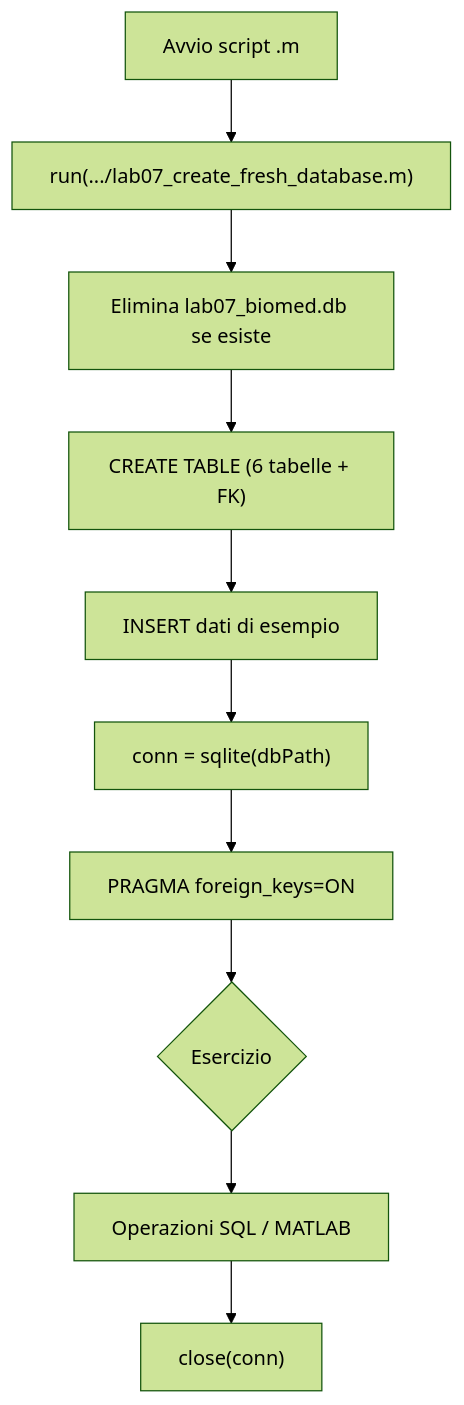
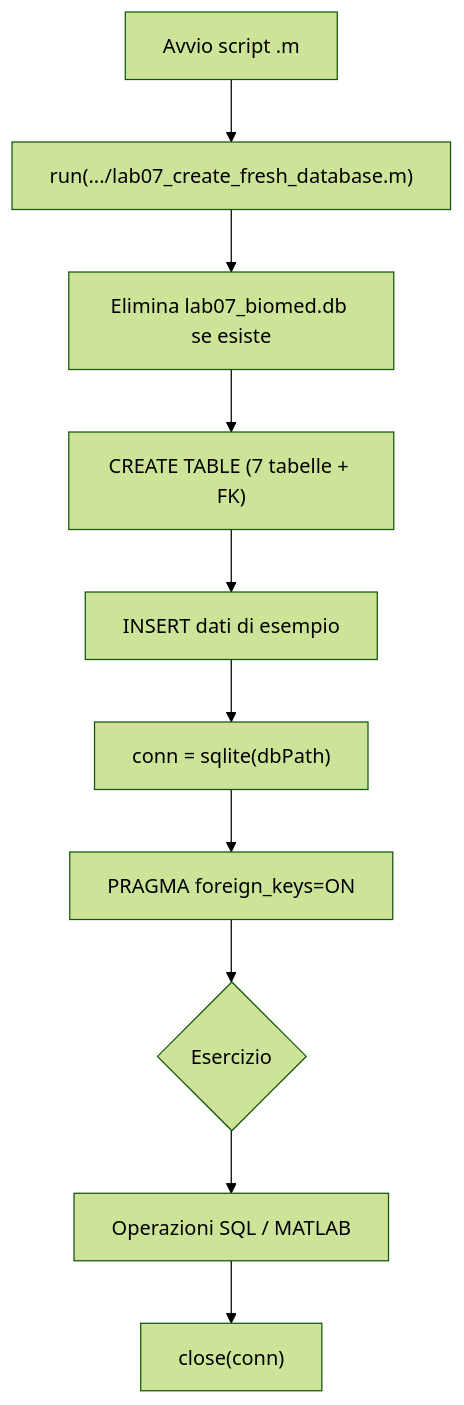
The second of 6 diagrams in 07-matlab-sqlite-database/README.md (lucadagati/Lab_Fondamenti_di_Informatica_25_26), drawn with Mermaid (forest theme) before and after one commit. The commit also changed other lines of this file and 18 other files, not shown here.

````diff
--- a/07-matlab-sqlite-database/README.md
+++ b/07-matlab-sqlite-database/README.md
@@ -225,12 +288,12 @@
 ```mermaid
 flowchart TD
     A[Avvio script .m] --> B["run(.../lab07_create_fresh_database.m)"]
     B --> C["Elimina lab07_biomed.db se esiste"]
-    C --> D["CREATE TABLE (6 tabelle + FK)"]
+    C --> D["CREATE TABLE (7 tabelle + FK)"]
     D --> E["INSERT dati di esempio"]
     E --> F["conn = sqlite(dbPath)"]
     F --> F2["PRAGMA foreign_keys=ON"]
     F2 --> G{Esercizio}
     G --> H["Operazioni SQL / MATLAB"]
     H --> I["close(conn)"]
 ```
````
